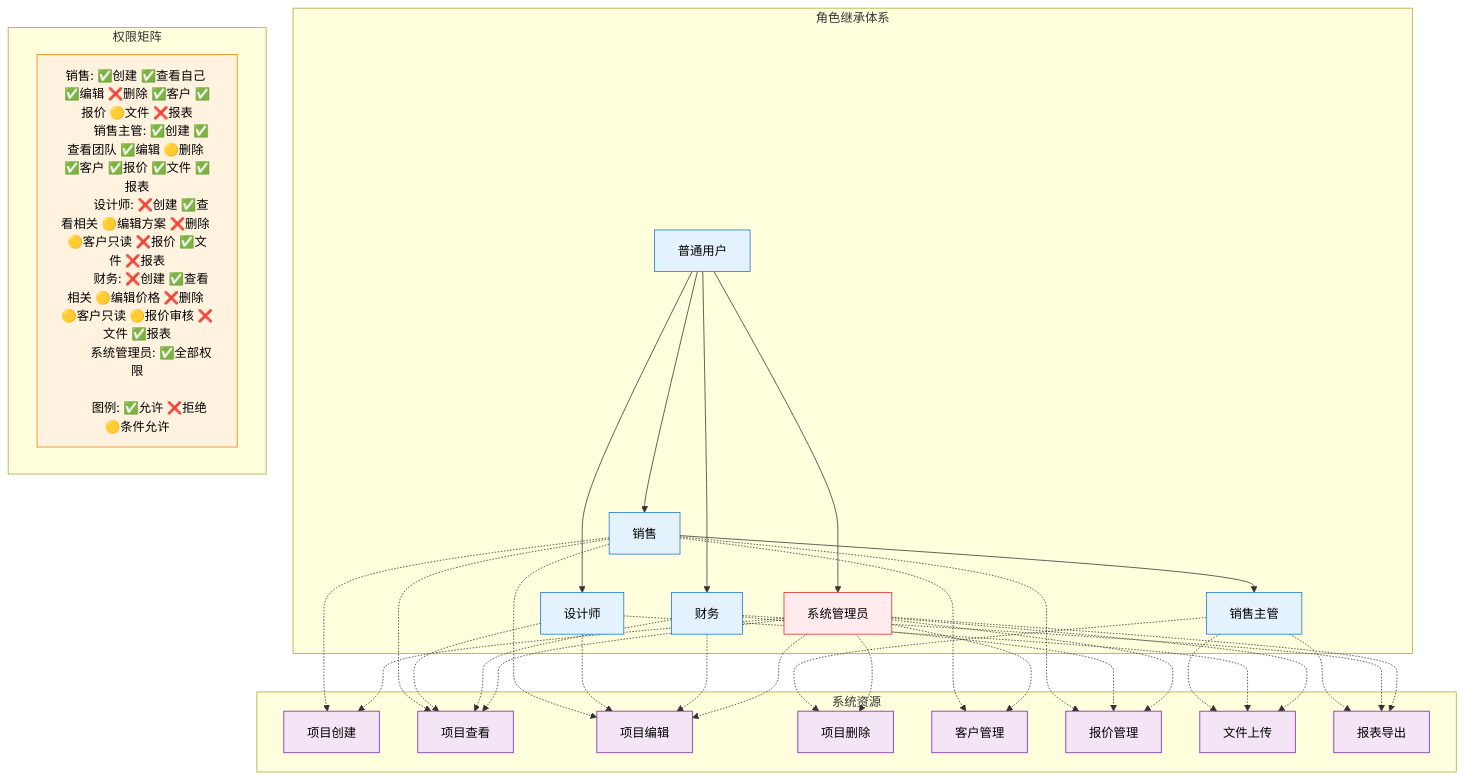
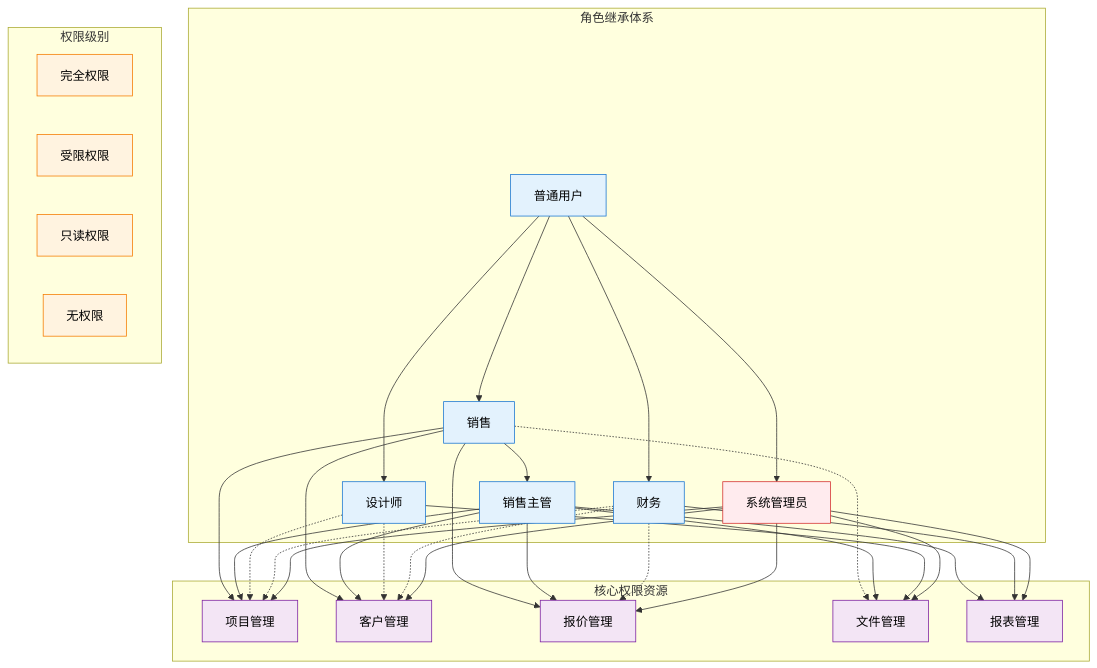
Before and after one commit to zavierd/ZHCRM: the diagram in diagrams/rbac-matrix.mmd, drawn with Mermaid.

Commit message:
fix: 修复RBAC权限矩阵渲染错误
- 移除复杂的文本节点，避免Mermaid解析错误
- 简化权限关系图，使用清晰的连接线表示权限
- 将详细权限矩阵移至独立的Markdown表格文件
- 使用实线表示完全权限，虚线表示受限权限
- 优化图表结构，提升可读性和渲染稳定性

```diff
--- a/diagrams/rbac-matrix.mmd
+++ b/diagrams/rbac-matrix.mmd
@@ -1,85 +1,75 @@
 graph TB
     %% 角色继承关系
     subgraph roles ["角色继承体系"]
         USER[普通用户]
         SALES[销售]
         SALES_MGR[销售主管]
         DESIGNER[设计师]
         FINANCE[财务]
         ADMIN[系统管理员]
 
         USER --> SALES
         SALES --> SALES_MGR
         USER --> DESIGNER
         USER --> FINANCE
         USER --> ADMIN
     end
 
-    %% 系统资源
-    subgraph resources ["系统资源"]
-        PROJECT_CREATE[项目创建]
-        PROJECT_VIEW[项目查看]
-        PROJECT_EDIT[项目编辑]
-        PROJECT_DELETE[项目删除]
-        CUSTOMER_MGMT[客户管理]
-        QUOTE_EDIT[报价管理]
-        FILE_UPLOAD[文件上传]
-        REPORT_EXPORT[报表导出]
+    %% 核心权限资源
+    subgraph resources ["核心权限资源"]
+        PROJECT[项目管理]
+        CUSTOMER[客户管理]
+        QUOTE[报价管理]
+        FILE[文件管理]
+        REPORT[报表管理]
     end
 
-    %% 权限矩阵
-    subgraph permissions ["权限矩阵"]
-        PERM_MATRIX["
-        销售: ✅创建 ✅查看自己 ✅编辑 ❌删除 ✅客户 ✅报价 🟡文件 ❌报表
-        销售主管: ✅创建 ✅查看团队 ✅编辑 🟡删除 ✅客户 ✅报价 ✅文件 ✅报表
-        设计师: ❌创建 ✅查看相关 🟡编辑方案 ❌删除 🟡客户只读 ❌报价 ✅文件 ❌报表
-        财务: ❌创建 ✅查看相关 🟡编辑价格 ❌删除 🟡客户只读 🟡报价审核 ❌文件 ✅报表
-        系统管理员: ✅全部权限
-
-        图例: ✅允许 ❌拒绝 🟡条件允许
-        "]
+    %% 权限级别说明
+    subgraph legend ["权限级别"]
+        FULL[完全权限]
+        LIMITED[受限权限]
+        READONLY[只读权限]
+        DENIED[无权限]
     end
 
-    %% Sales Permissions
-    SALES -.-> PROJECT_CREATE
-    SALES -.-> PROJECT_VIEW
-    SALES -.-> PROJECT_EDIT
-    SALES -.-> CUSTOMER_MGMT
-    SALES -.-> QUOTE_EDIT
+    %% 销售权限连接
+    SALES --> PROJECT
+    SALES --> CUSTOMER
+    SALES --> QUOTE
+    SALES -.-> FILE
 
-    %% Sales Manager Permissions (Inherits + Extended)
-    SALES_MGR -.-> PROJECT_DELETE
-    SALES_MGR -.-> FILE_UPLOAD
-    SALES_MGR -.-> REPORT_EXPORT
+    %% 销售主管权限（继承+扩展）
+    SALES_MGR --> PROJECT
+    SALES_MGR --> CUSTOMER
+    SALES_MGR --> QUOTE
+    SALES_MGR --> FILE
+    SALES_MGR --> REPORT
 
-    %% Designer Permissions
-    DESIGNER -.-> PROJECT_VIEW
-    DESIGNER -.-> PROJECT_EDIT
-    DESIGNER -.-> FILE_UPLOAD
+    %% 设计师权限
+    DESIGNER -.-> PROJECT
+    DESIGNER -.-> CUSTOMER
+    DESIGNER --> FILE
 
-    %% Finance Permissions
-    FINANCE -.-> PROJECT_VIEW
-    FINANCE -.-> PROJECT_EDIT
-    FINANCE -.-> QUOTE_EDIT
-    FINANCE -.-> REPORT_EXPORT
+    %% 财务权限
+    FINANCE -.-> PROJECT
+    FINANCE -.-> CUSTOMER
+    FINANCE -.-> QUOTE
+    FINANCE --> REPORT
 
-    %% Admin Permissions (All)
-    ADMIN -.-> PROJECT_CREATE
-    ADMIN -.-> PROJECT_VIEW
-    ADMIN -.-> PROJECT_EDIT
-    ADMIN -.-> PROJECT_DELETE
-    ADMIN -.-> CUSTOMER_MGMT
-    ADMIN -.-> QUOTE_EDIT
-    ADMIN -.-> FILE_UPLOAD
-    ADMIN -.-> REPORT_EXPORT
+    %% 系统管理员权限（全部）
+    ADMIN --> PROJECT
+    ADMIN --> CUSTOMER
+    ADMIN --> QUOTE
+    ADMIN --> FILE
+    ADMIN --> REPORT
 
-    %% Styling
+    %% 样式定义
     classDef roleNode fill:#e3f2fd,stroke:#1976d2,color:#000
     classDef resourceNode fill:#f3e5f5,stroke:#7b1fa2,color:#000
     classDef adminNode fill:#ffebee,stroke:#d32f2f,color:#000
-    classDef matrixNode fill:#fff3e0,stroke:#f57c00,color:#000
+    classDef legendNode fill:#fff3e0,stroke:#f57c00,color:#000
 
     class USER,SALES,SALES_MGR,DESIGNER,FINANCE roleNode
-    class PROJECT_CREATE,PROJECT_VIEW,PROJECT_EDIT,PROJECT_DELETE,CUSTOMER_MGMT,QUOTE_EDIT,FILE_UPLOAD,REPORT_EXPORT resourceNode
+    class PROJECT,CUSTOMER,QUOTE,FILE,REPORT resourceNode
     class ADMIN adminNode
-    class PERM_MATRIX matrixNode
+    class FULL,LIMITED,READONLY,DENIED legendNode
```
